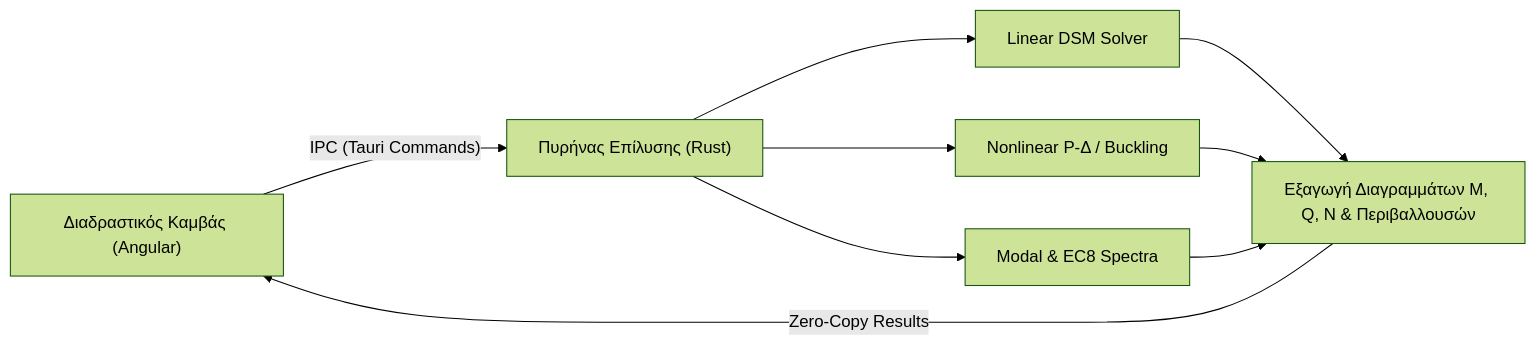
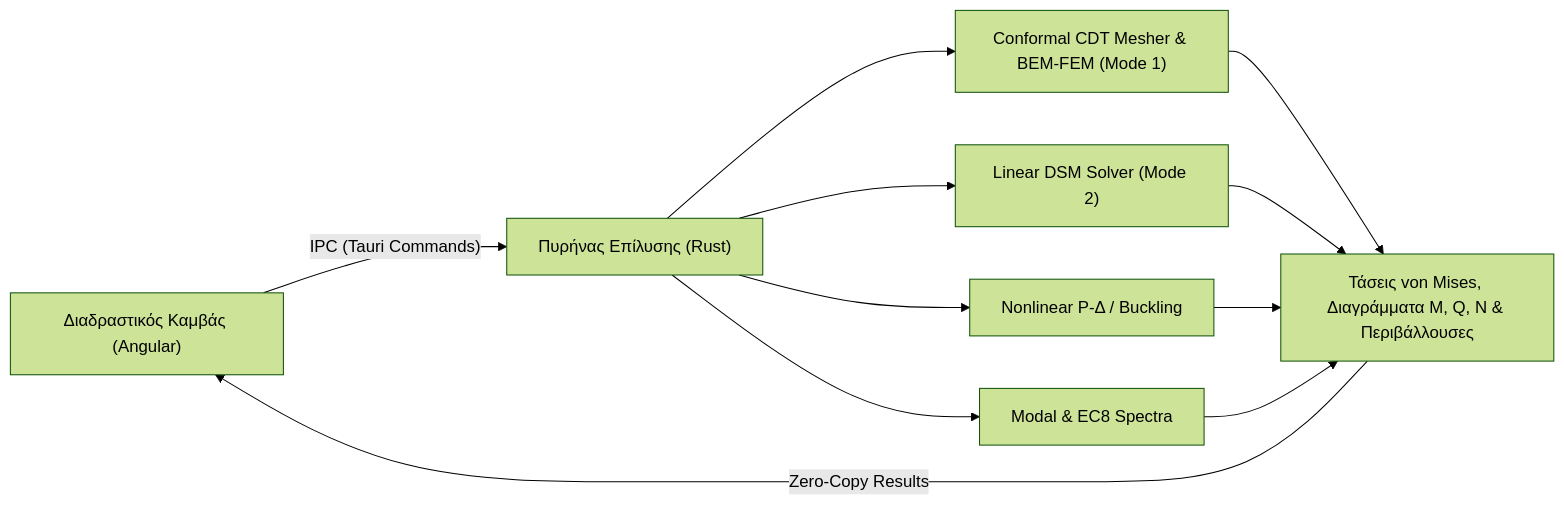
The diagram in documentation/index.md (buffos/omnimechanics), drawn with Mermaid (forest theme) before and after one commit. The commit also changed other lines of this file and 2 other files, not shown here.

Commit message:
docs(continuum): add Mode 1 2D continuum sketcher and CDT mesher guide to documentation site

````diff
--- a/documentation/index.md
+++ b/documentation/index.md
@@ -24,11 +26,13 @@
 ```mermaid
 flowchart LR
     A["Διαδραστικός Καμβάς (Angular)"] -->|"IPC (Tauri Commands)"| B["Πυρήνας Επίλυσης (Rust)"]
-    B --> C["Linear DSM Solver"]
+    B --> G["Conformal CDT Mesher & BEM-FEM (Mode 1)"]
+    B --> C["Linear DSM Solver (Mode 2)"]
     B --> D["Nonlinear P-Δ / Buckling"]
     B --> E["Modal & EC8 Spectra"]
-    C --> F["Εξαγωγή Διαγραμμάτων M, Q, N & Περιβαλλουσών"]
+    G --> F["Τάσεις von Mises, Διαγράμματα M, Q, N & Περιβάλλουσες"]
+    C --> F
     D --> F
     E --> F
     F -->|"Zero-Copy Results"| A
 ```
````
